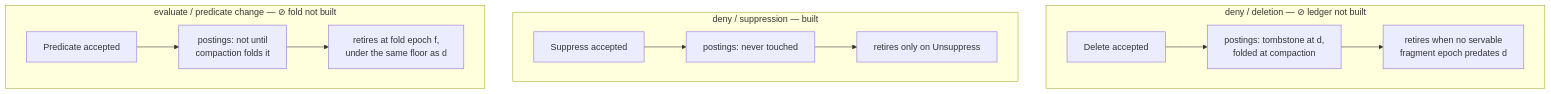
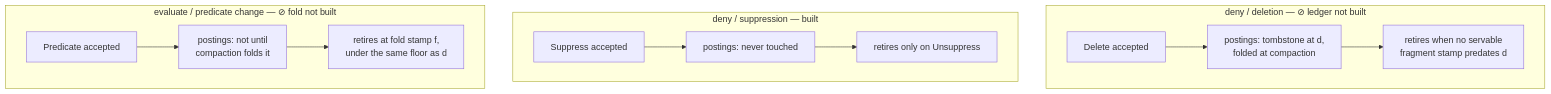
One commit to jennis0/tesseradb changed the second of 2 diagrams in docs/design/concurrency-lifecycle.md. Above: the diagram before and after it, drawn with Mermaid. The commit also changed other lines of this file and 13 other files, not shown here.

````diff
--- a/docs/design/concurrency-lifecycle.md
+++ b/docs/design/concurrency-lifecycle.md
@@ -126,15 +126,15 @@
 ```mermaid
 flowchart TD
   subgraph deletion["deny / deletion — ⊘ ledger not built"]
     D0["Delete accepted"] --> D1["postings: tombstone at d,<br/>folded at compaction"]
-    D1 --> D2["retires when no servable<br/>fragment epoch predates d"]
+    D1 --> D2["retires when no servable<br/>fragment stamp predates d"]
   end
   subgraph suppression["deny / suppression — built"]
     S0["Suppress accepted"] --> S1["postings: never touched"]
     S1 --> S2["retires only on Unsuppress"]
   end
   subgraph evaluate["evaluate / predicate change — ⊘ fold not built"]
     E0["Predicate accepted"] --> E1["postings: not until<br/>compaction folds it"]
-    E1 --> E2["retires at fold epoch f,<br/>under the same floor as d"]
+    E1 --> E2["retires at fold stamp f,<br/>under the same floor as d"]
   end
 ```
````
